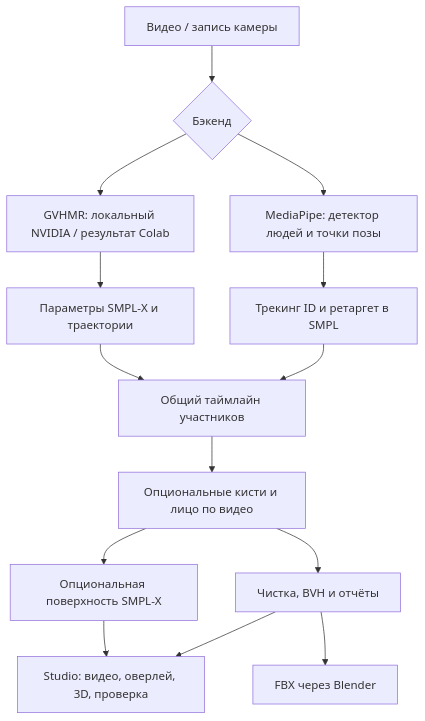
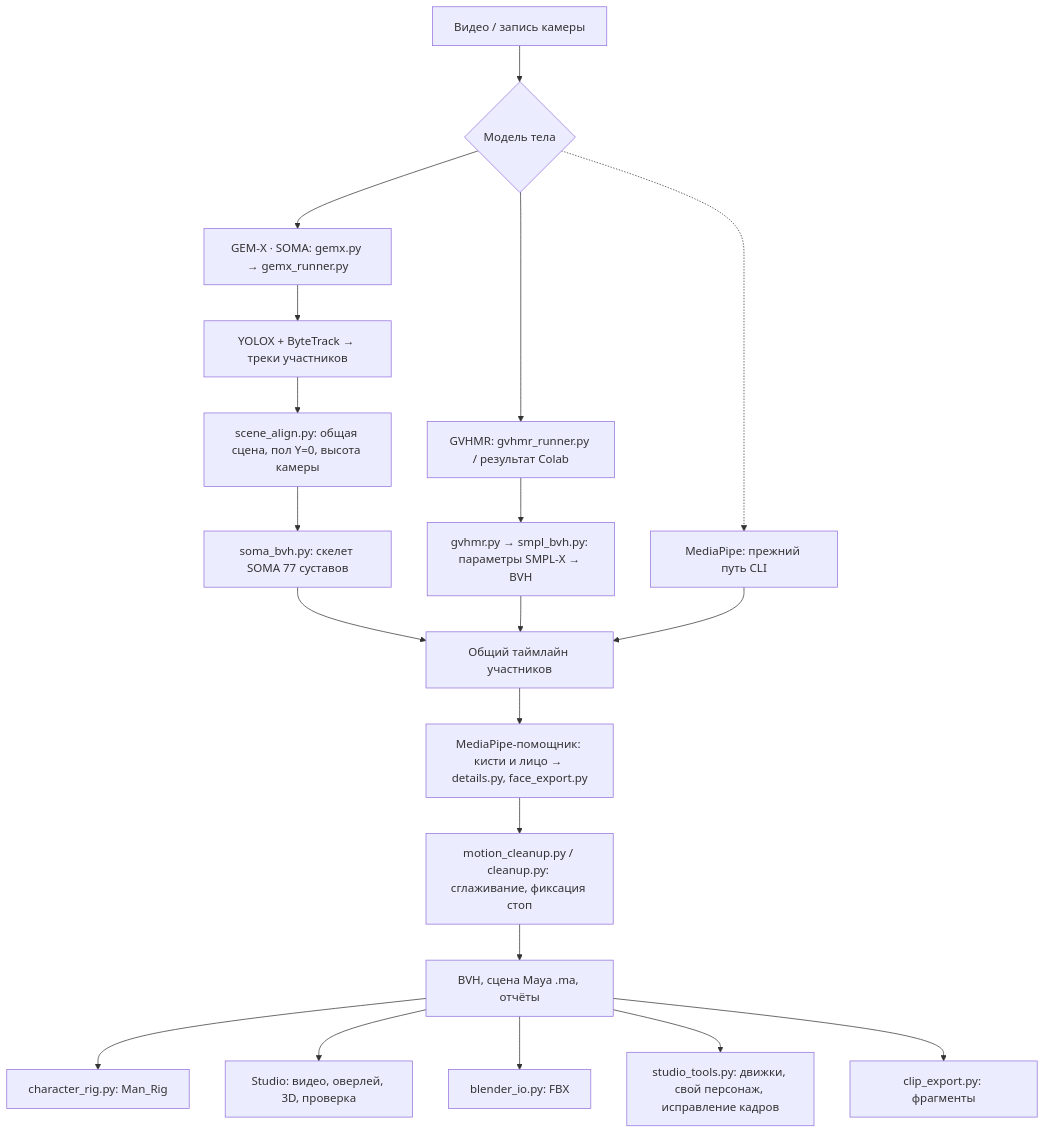
The first of 2 diagrams in docs/architecture.md (MaverickGH/mocapgate), drawn with Mermaid before and after one commit. The commit also changed other lines of this file and 3037 other files, not shown here.

````diff
--- a/docs/architecture.md
+++ b/docs/architecture.md
@@ -7,16 +7,22 @@
 ```mermaid
 flowchart TD
-    A[Видео / запись камеры] --> B{Бэкенд}
-    B --> C[MediaPipe: детектор людей и точки позы]
-    B --> D[GVHMR: локальный NVIDIA / результат Colab]
-    C --> E[Трекинг ID и ретаргет в SMPL]
-    D --> F[Параметры SMPL-X и траектории]
-    E --> G[Общий таймлайн участников]
-    F --> G
-    G --> H[Опциональные кисти и лицо по видео]
-    H --> I[Чистка, BVH и отчёты]
-    I --> J[Studio: видео, оверлей, 3D, проверка]
-    I --> K[FBX через Blender]
-    H --> L[Опциональная поверхность SMPL-X]
-    L --> J
+    A[Видео / запись камеры] --> B{Модель тела}
+    B --> C[GEM-X · SOMA: gemx.py → gemx_runner.py]
+    B --> D[GVHMR: gvhmr_runner.py / результат Colab]
+    B -.-> Z[MediaPipe: прежний путь CLI]
+    C --> C1[YOLOX + ByteTrack → треки участников]
+    C1 --> C2[scene_align.py: общая сцена, пол Y=0, высота камеры]
+    C2 --> C3[soma_bvh.py: скелет SOMA 77 суставов]
+    D --> D1[gvhmr.py → smpl_bvh.py: параметры SMPL-X → BVH]
+    C3 --> E[Общий таймлайн участников]
+    D1 --> E
+    Z --> E
+    E --> F[MediaPipe-помощник: кисти и лицо → details.py, face_export.py]
+    F --> G[motion_cleanup.py / cleanup.py: сглаживание, фиксация стоп]
+    G --> H[BVH, сцена Maya .ma, отчёты]
+    H --> I[character_rig.py: Man_Rig]
+    H --> J[Studio: видео, оверлей, 3D, проверка]
+    H --> K[blender_io.py: FBX]
+    H --> L[studio_tools.py: движки, свой персонаж, исправление кадров]
+    H --> M[clip_export.py: фрагменты]
 ```
````
